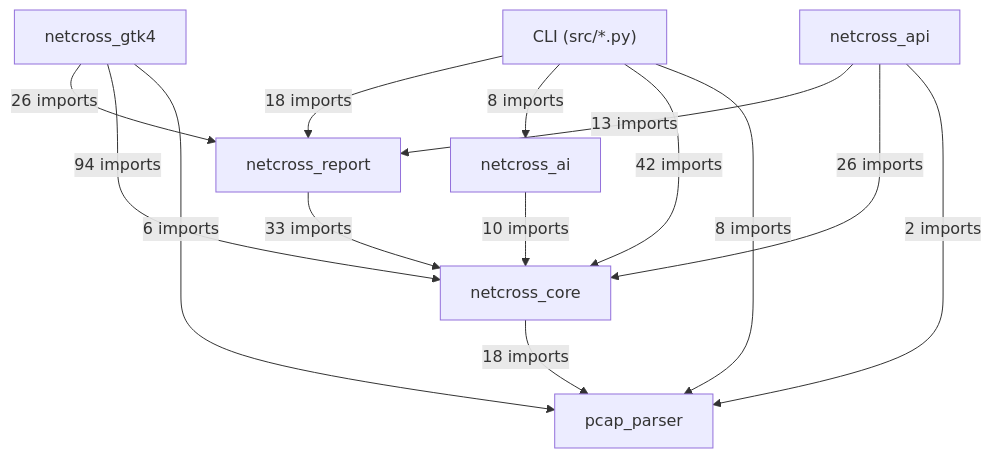
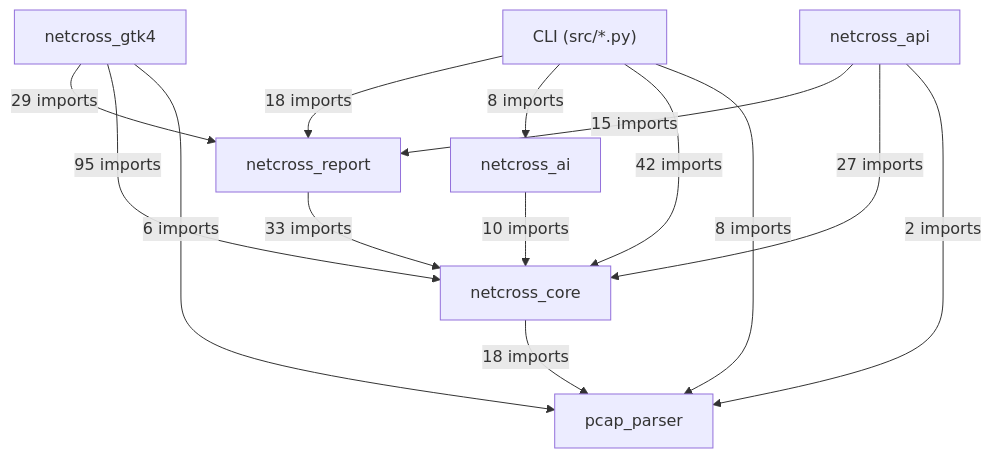
Before and after one commit to Mathide-Team/Netcross: the first of 19 diagrams in docs/class-diagram.md, drawn with Mermaid. The commit also changed other lines of this file and 10 other files, not shown here.

````diff
--- a/docs/class-diagram.md
+++ b/docs/class-diagram.md
@@ -26,23 +26,23 @@
 ```mermaid
 flowchart TD
     CLI["CLI (src/*.py)"]
     netcross_gtk4["netcross_gtk4"]
     netcross_api["netcross_api"]
     netcross_report["netcross_report"]
     netcross_ai["netcross_ai"]
     netcross_core["netcross_core"]
     pcap_parser["pcap_parser"]
     CLI -->|"18 imports"| netcross_report
     CLI -->|"8 imports"| netcross_ai
     CLI -->|"42 imports"| netcross_core
     CLI -->|"8 imports"| pcap_parser
-    netcross_gtk4 -->|"26 imports"| netcross_report
-    netcross_gtk4 -->|"94 imports"| netcross_core
+    netcross_gtk4 -->|"29 imports"| netcross_report
+    netcross_gtk4 -->|"95 imports"| netcross_core
     netcross_gtk4 -->|"6 imports"| pcap_parser
-    netcross_api -->|"13 imports"| netcross_report
-    netcross_api -->|"26 imports"| netcross_core
+    netcross_api -->|"15 imports"| netcross_report
+    netcross_api -->|"27 imports"| netcross_core
     netcross_api -->|"2 imports"| pcap_parser
     netcross_report -->|"33 imports"| netcross_core
     netcross_ai -->|"10 imports"| netcross_core
     netcross_core -->|"18 imports"| pcap_parser
 ```
````
